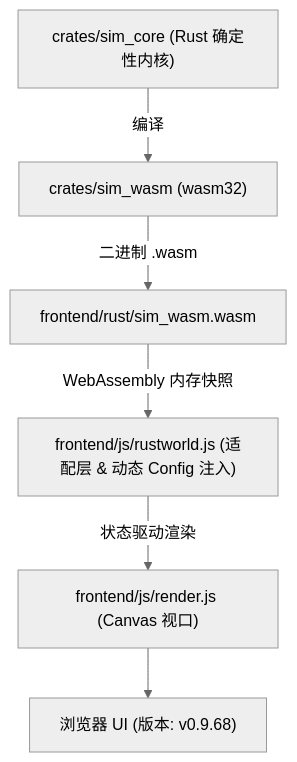
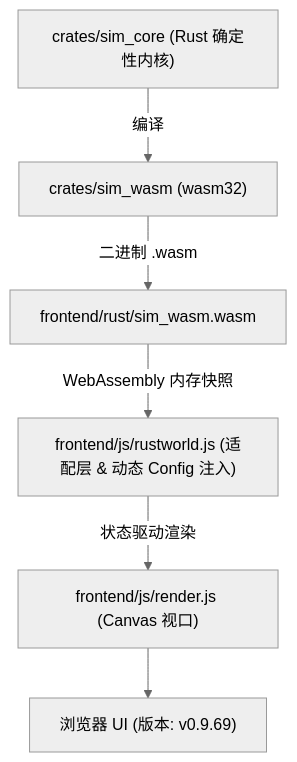
The diagram in AGENTS.md (g39088902/FlowAndAccord), drawn with Mermaid (neutral theme) before and after one commit. The commit also changed other lines of this file and 4 other files, not shown here.

````diff
--- a/AGENTS.md
+++ b/AGENTS.md
@@ -44,8 +44,8 @@
 ```mermaid
 graph TD
     A["crates/sim_core (Rust 确定性内核)"] -->|编译| B["crates/sim_wasm (wasm32)"]
     B -->|二进制 .wasm| C["frontend/rust/sim_wasm.wasm"]
     C -->|WebAssembly 内存快照| D["frontend/js/rustworld.js (适配层 & 动态 Config 注入)"]
     D -->|状态驱动渲染| E["frontend/js/render.js (Canvas 视口)"]
-    E --> F["浏览器 UI (版本: v0.9.68)"]
+    E --> F["浏览器 UI (版本: v0.9.69)"]
 ```
````
